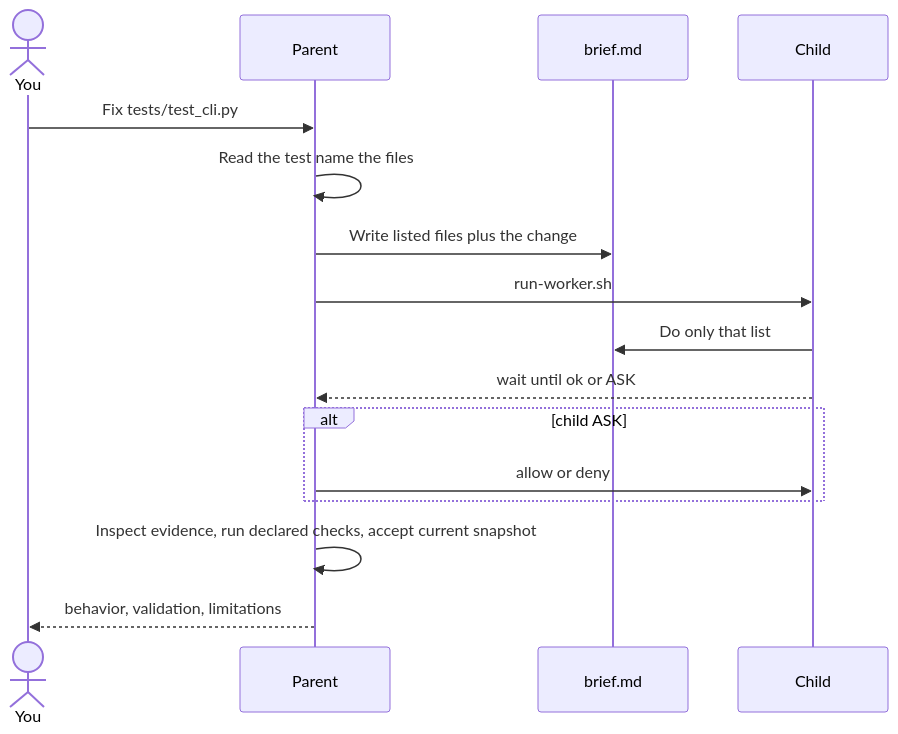
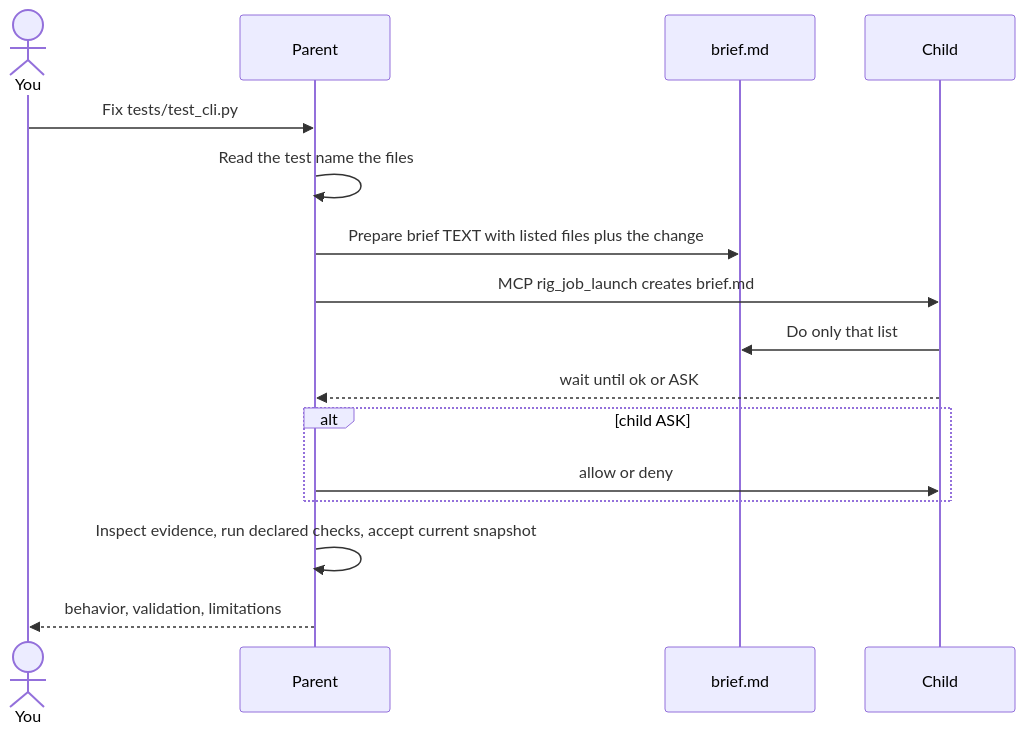
One commit to Brasth/Rig changed the second of 3 diagrams in docs/usage.md. Above: the diagram before and after it, drawn with Mermaid. The commit also changed other lines of this file and 28 other files, not shown here.

Commit message:
feat(mcp): require job-scoped orchestration and child handshake

````diff
--- a/docs/usage.md
+++ b/docs/usage.md
@@ -369,18 +370,18 @@
 ```mermaid
 sequenceDiagram
   actor You
   participant Parent
   participant Brief as brief.md
   participant Child
   You->>Parent: Fix tests/test_cli.py
   Parent->>Parent: Read the test name the files
-  Parent->>Brief: Write listed files plus the change
-  Parent->>Child: run-worker.sh
+  Parent->>Brief: Prepare brief TEXT with listed files plus the change
+  Parent->>Child: MCP rig_job_launch creates brief.md
   Child->>Brief: Do only that list
   Child-->>Parent: wait until ok or ASK
   alt child ASK
     Parent->>Child: allow or deny
   end
   Parent->>Parent: Inspect evidence, run declared checks, accept current snapshot
   Parent-->>You: behavior, validation, limitations
 ```
````
